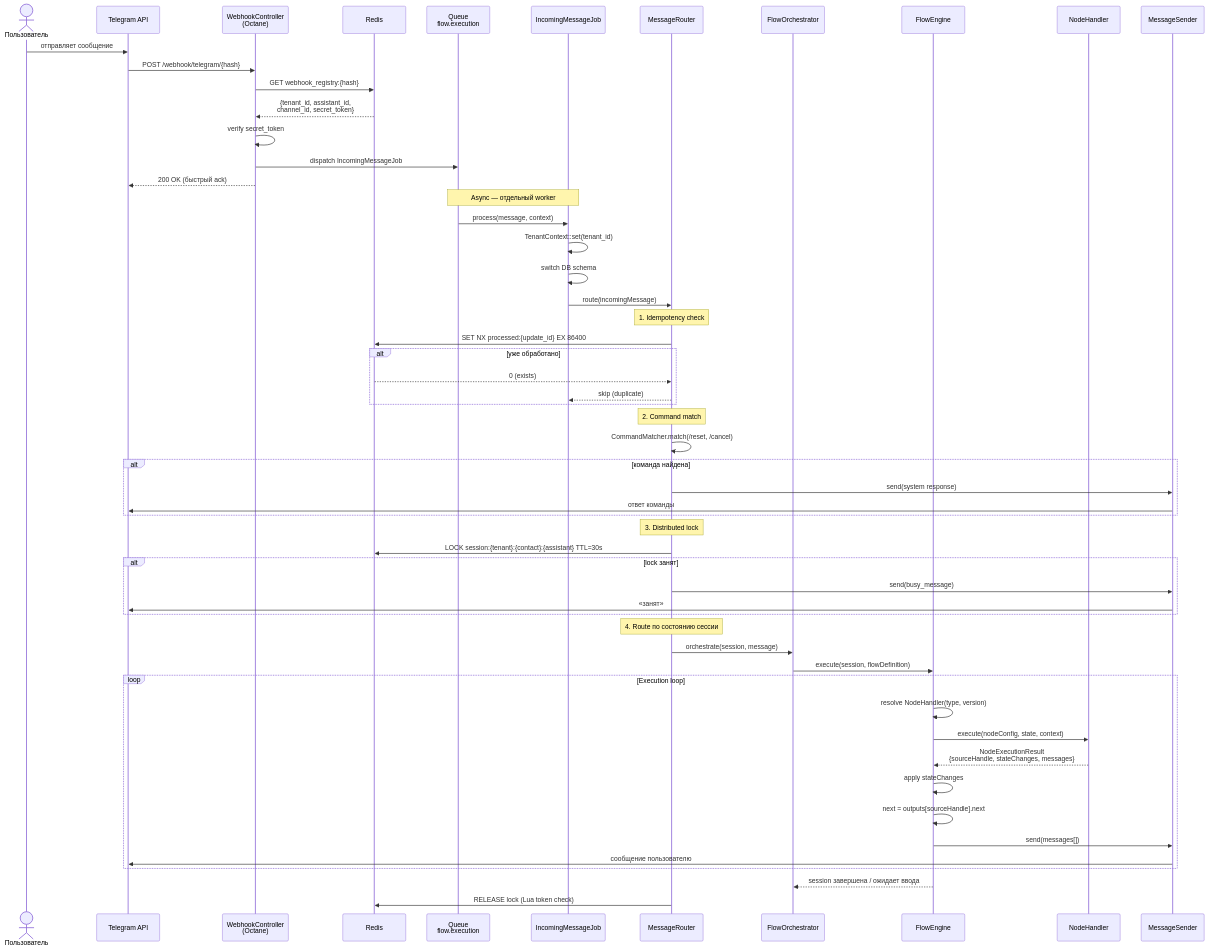
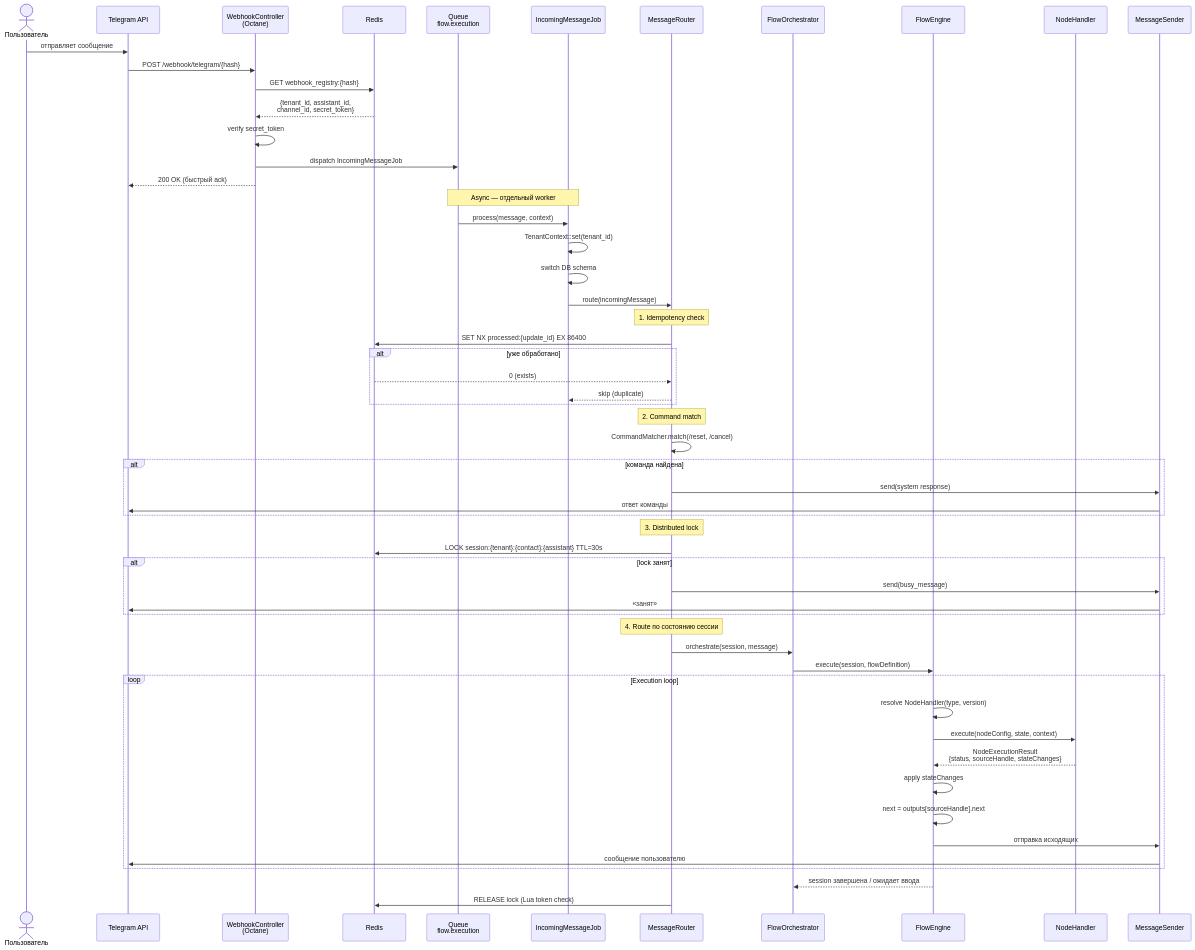
One commit to fapost-lab/core changed the diagram in docs/reference/diagrams/01-webhook-pipeline.md. Above: the diagram before and after it, drawn with Mermaid. The commit also changed 41 other files, not shown here.

````diff
--- a/docs/reference/diagrams/01-webhook-pipeline.md
+++ b/docs/reference/diagrams/01-webhook-pipeline.md
@@ -5,72 +5,72 @@
 ```mermaid
 sequenceDiagram
     actor U as Пользователь
     participant TG as Telegram API
     participant WC as WebhookController<br/>(Octane)
     participant RD as Redis
     participant Q as Queue<br/>flow.execution
     participant J as IncomingMessageJob
     participant MR as MessageRouter
     participant FO as FlowOrchestrator
     participant FE as FlowEngine
     participant NH as NodeHandler
     participant MS as MessageSender
 
     U->>TG: отправляет сообщение
     TG->>WC: POST /webhook/telegram/{hash}
 
     WC->>RD: GET webhook_registry:{hash}
     RD-->>WC: {tenant_id, assistant_id,<br/>channel_id, secret_token}
 
     WC->>WC: verify secret_token
     WC->>Q: dispatch IncomingMessageJob
     WC-->>TG: 200 OK (быстрый ack)
 
     Note over Q,J: Async — отдельный worker
 
     Q->>J: process(message, context)
     J->>J: TenantContext::set(tenant_id)
     J->>J: switch DB schema
 
     J->>MR: route(incomingMessage)
 
     Note over MR: 1. Idempotency check
     MR->>RD: SET NX processed:{update_id} EX 86400
     alt уже обработано
         RD-->>MR: 0 (exists)
         MR-->>J: skip (duplicate)
     end
 
     Note over MR: 2. Command match
     MR->>MR: CommandMatcher.match(/reset, /cancel)
     alt команда найдена
         MR->>MS: send(system response)
         MS->>TG: ответ команды
     end
 
     Note over MR: 3. Distributed lock
     MR->>RD: LOCK session:{tenant}:{contact}:{assistant} TTL=30s
     alt lock занят
         MR->>MS: send(busy_message)
         MS->>TG: «занят»
     end
 
     Note over MR: 4. Route по состоянию сессии
     MR->>FO: orchestrate(session, message)
 
     FO->>FE: execute(session, flowDefinition)
 
     loop Execution loop
         FE->>FE: resolve NodeHandler(type, version)
         FE->>NH: execute(nodeConfig, state, context)
-        NH-->>FE: NodeExecutionResult<br/>{sourceHandle, stateChanges, messages}
+        NH-->>FE: NodeExecutionResult<br/>{status, sourceHandle, stateChanges}
         FE->>FE: apply stateChanges
         FE->>FE: next = outputs[sourceHandle].next
-        FE->>MS: send(messages[])
+        FE->>MS: отправка исходящих
         MS->>TG: сообщение пользователю
     end
 
     FE-->>FO: session завершена / ожидает ввода
 
     MR->>RD: RELEASE lock (Lua token check)
 ```
````
